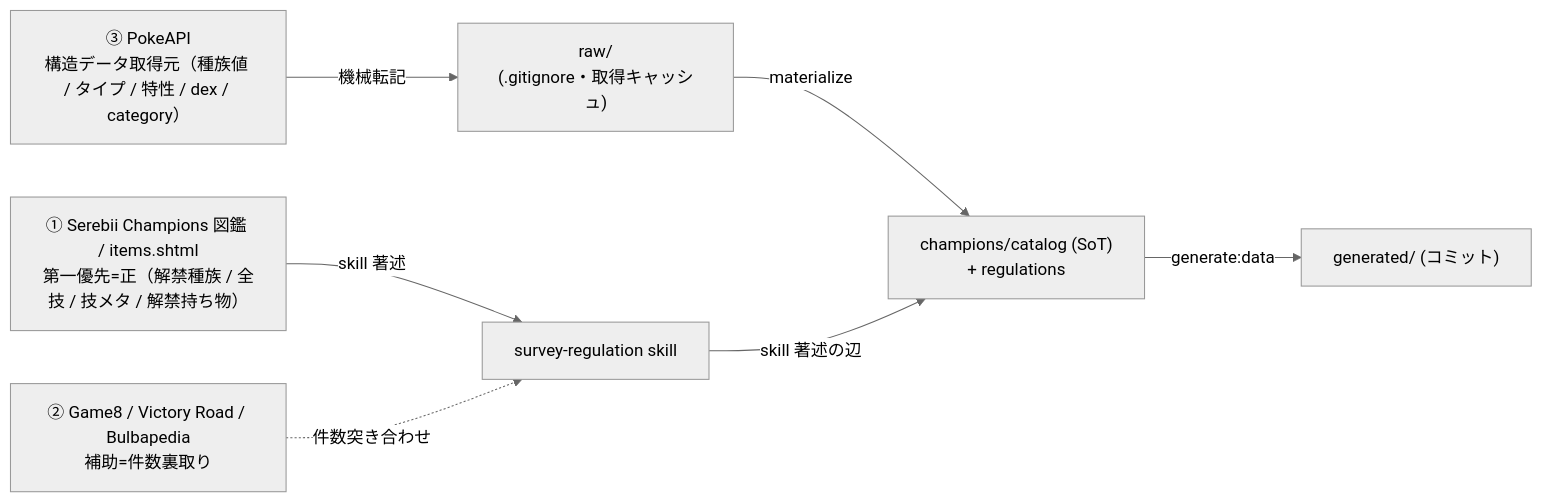
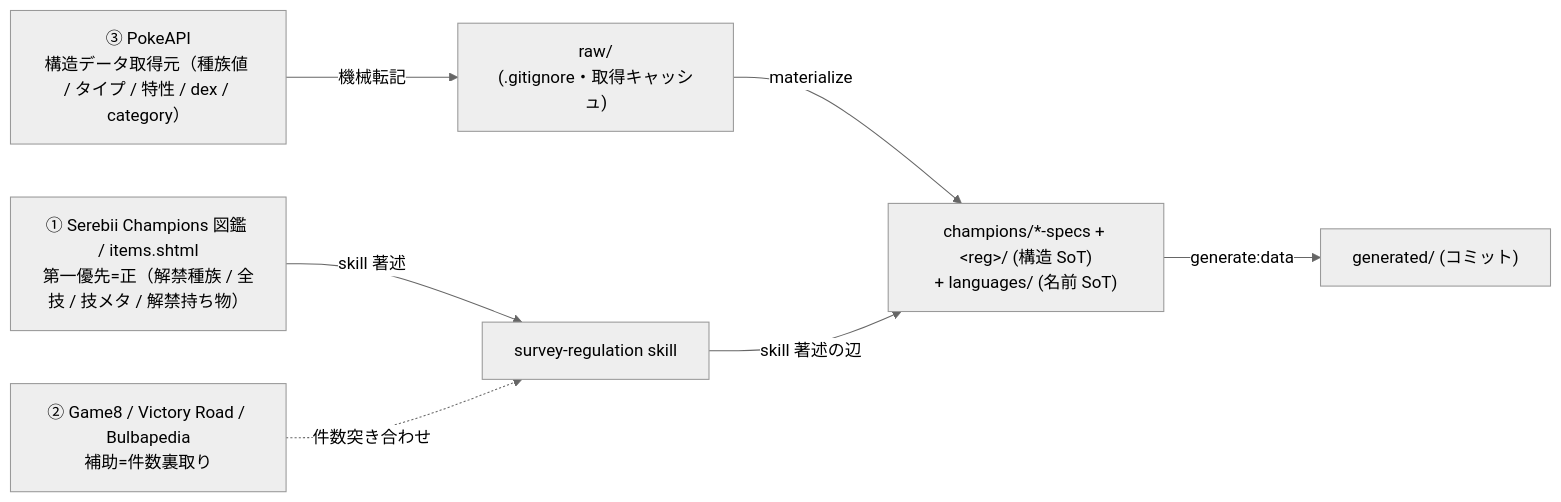
The diagram in data/README.md (subroh0508/pokeform), drawn with Mermaid (neutral theme) before and after one commit. The commit also changed other lines of this file and 12 other files, not shown here.

First line of the commit message:
docs(harness): 新レイアウト（specs/languages/per-reg・メガ独立）へ rule/skill/architecture/docs を追従（plan 04 Phase 3）

````diff
--- a/data/README.md
+++ b/data/README.md
@@ -15,13 +15,13 @@
 ```mermaid
 flowchart LR
     SB["① Serebii Champions 図鑑 / items.shtml<br/>第一優先=正（解禁種族 / 全技 / 技メタ / 解禁持ち物）"]
     AUX["② Game8 / Victory Road / Bulbapedia<br/>補助=件数裏取り"]
     API["③ PokeAPI<br/>構造データ取得元（種族値 / タイプ / 特性 / dex / category）"]
 
     SB -->|skill 著述| SR["survey-regulation skill"]
     AUX -.->|件数突き合わせ| SR
     API -->|機械転記| RAW["raw/<br/>(.gitignore・取得キャッシュ)"]
-    RAW -->|materialize| CAT
-    SR -->|skill 著述の辺| CAT["champions/catalog (SoT)<br/>+ regulations"]
-    CAT -->|generate:data| GEN["generated/ (コミット)"]
+    RAW -->|materialize| SPECS
+    SR -->|skill 著述の辺| SPECS["champions/*-specs + &lt;reg&gt;/ (構造 SoT)<br/>+ languages/ (名前 SoT)"]
+    SPECS -->|generate:data| GEN["generated/ (コミット)"]
 ```
````
